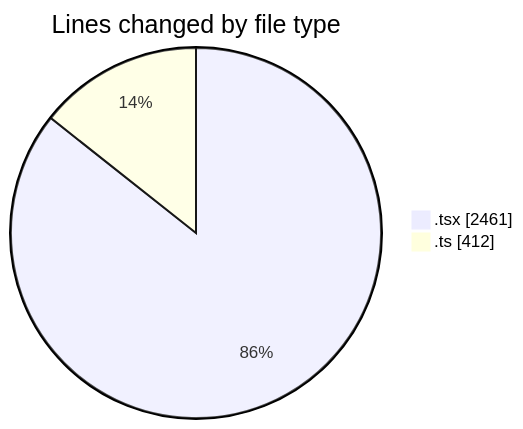
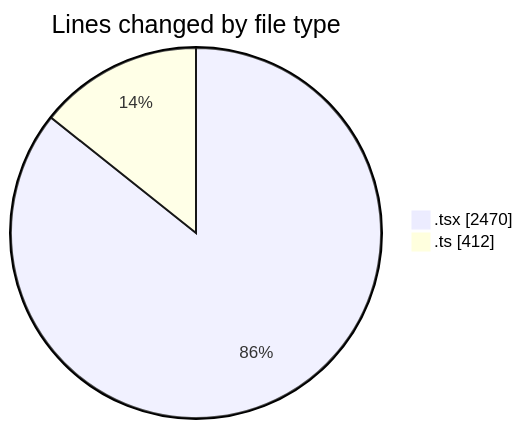
The first of 2 diagrams in 2025-03-17/audiobooks-web/README.md (robertbonfada/code-tracking), drawn with Mermaid before and after one commit. The commit also changed other lines of this file and 1 other file, not shown here.

````diff
--- a/2025-03-17/audiobooks-web/README.md
+++ b/2025-03-17/audiobooks-web/README.md
@@ -33,6 +33,6 @@
 ```mermaid
 pie showData
 title Lines changed by file type
-".tsx" : 2461
+".tsx" : 2470
 ".ts" : 412
 ```
````
